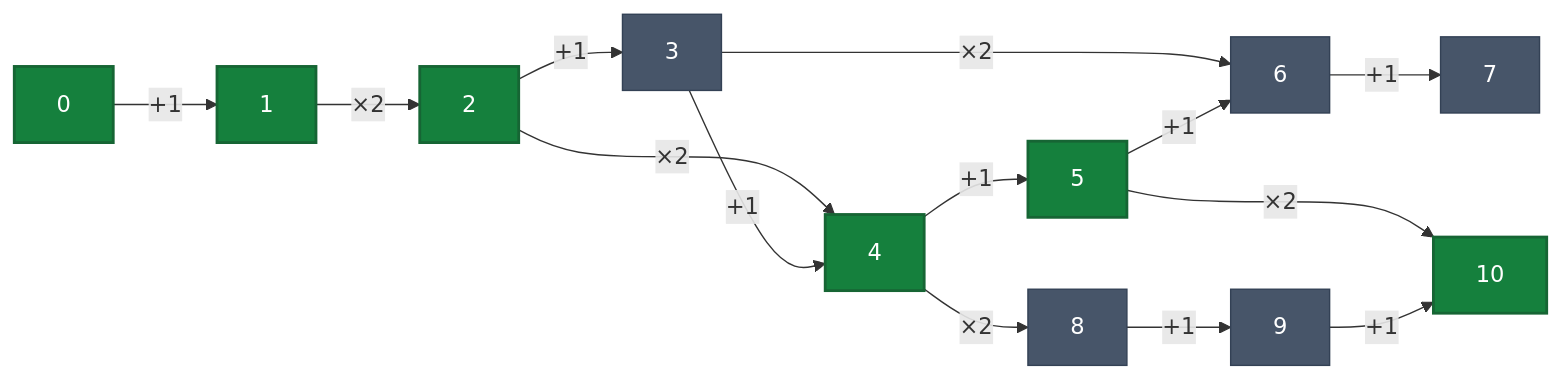
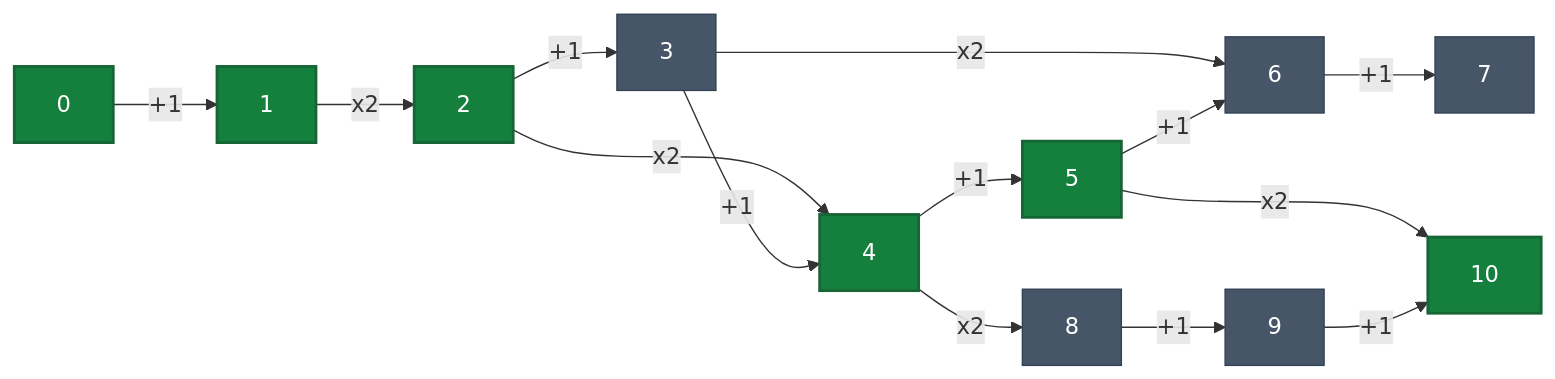
The second of 2 diagrams in guia_tda_parciales.md (nbrian96/tda-2C2026-material), drawn with Mermaid before and after one commit. The commit also changed other lines of this file and 14 other files, not shown here.

Commit message:
feat: profundizacion ej13, correccion mermaid/katex y modularizacion html para github pages

````diff
--- a/guia_tda_parciales.md
+++ b/guia_tda_parciales.md
@@ -1330,19 +1327,19 @@
 ```mermaid
 graph LR
-    classDef opt fill:#15803d,stroke:#166534,stroke-width:2px,color:#fff;
-    classDef normal fill:#475569,stroke:#334155,stroke-width:1px,color:#fff;
+    classDef opt fill:#15803d,stroke:#166534,stroke-width:2px,color:#fff
+    classDef normal fill:#475569,stroke:#334155,stroke-width:1px,color:#fff
 
-    N0["0"]:::opt -->|"+1"| N1["1"]:::opt
-    N1 -->|"×2"| N2["2"]:::opt
-    N2 -->|"+1"| N3["3"]:::normal
-    N2 -->|"×2"| N4["4"]:::opt
-    N3 -->|"+1"| N4
-    N3 -->|"×2"| N6["6"]:::normal
-    N4 -->|"+1"| N5["5"]:::opt
-    N4 -->|"×2"| N8["8"]:::normal
-    N5 -->|"+1"| N6
-    N5 -->|"×2"| N10["10"]:::opt
-    N6 -->|"+1"| N7["7"]:::normal
-    N8 -->|"+1"| N9["9"]:::normal
-    N9 -->|"+1"| N10
+    N0["0"]:::opt -->|+1| N1["1"]:::opt
+    N1 -->|x2| N2["2"]:::opt
+    N2 -->|+1| N3["3"]:::normal
+    N2 -->|x2| N4["4"]:::opt
+    N3 -->|+1| N4
+    N3 -->|x2| N6["6"]:::normal
+    N4 -->|+1| N5["5"]:::opt
+    N4 -->|x2| N8["8"]:::normal
+    N5 -->|+1| N6
+    N5 -->|x2| N10["10"]:::opt
+    N6 -->|+1| N7["7"]:::normal
+    N8 -->|+1| N9["9"]:::normal
+    N9 -->|+1| N10
 ```
````
